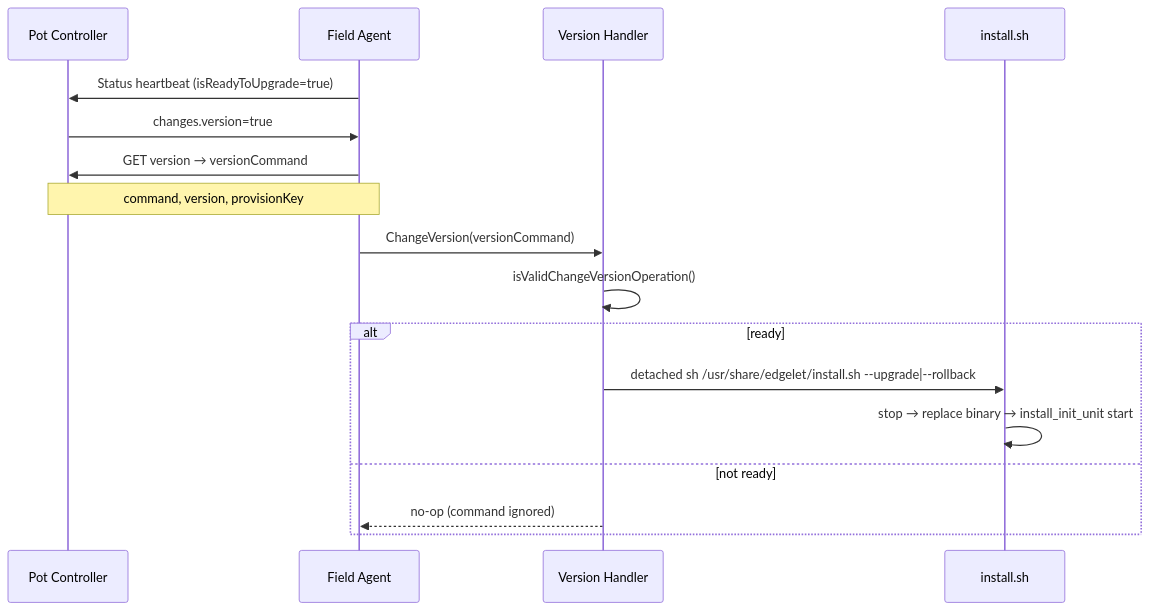
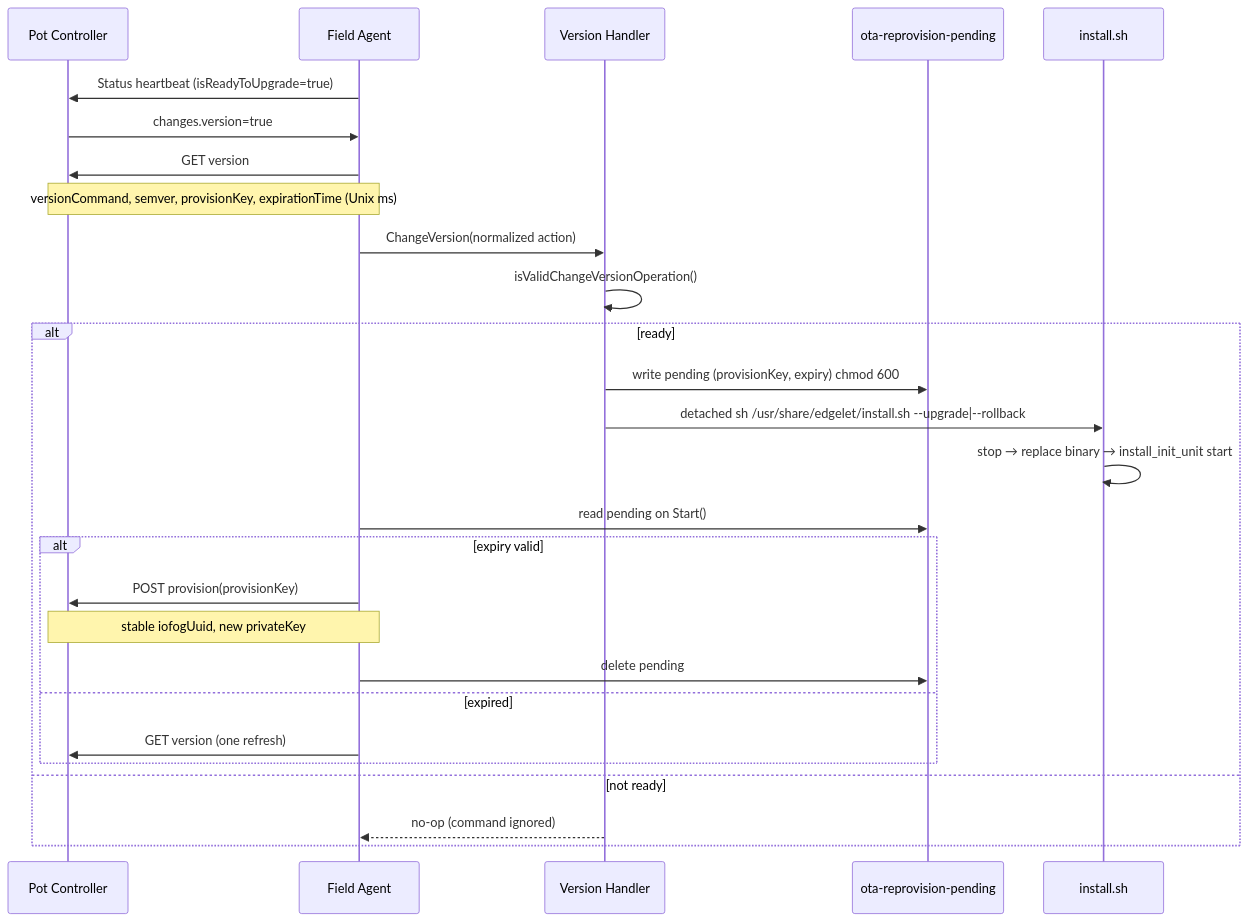
The second of 2 diagrams in docs/edgelet/installation.md (Datasance/edgelet), drawn with Mermaid before and after one commit. The commit also changed other lines of this file and 9 other files, not shown here.

````diff
--- a/docs/edgelet/installation.md
+++ b/docs/edgelet/installation.md
@@ -395,20 +399,30 @@
 ```mermaid
 sequenceDiagram
   participant Pot as Pot Controller
   participant FA as Field Agent
   participant VH as Version Handler
+  participant Disk as ota-reprovision-pending
   participant IS as install.sh
 
   FA->>Pot: Status heartbeat (isReadyToUpgrade=true)
   Pot->>FA: changes.version=true
-  FA->>Pot: GET version → versionCommand
-  Note over Pot,FA: command, version, provisionKey
-  FA->>VH: ChangeVersion(versionCommand)
+  FA->>Pot: GET version
+  Note over Pot,FA: versionCommand, semver, provisionKey, expirationTime (Unix ms)
+  FA->>VH: ChangeVersion(normalized action)
   VH->>VH: isValidChangeVersionOperation()
   alt ready
+    VH->>Disk: write pending (provisionKey, expiry) chmod 600
     VH->>IS: detached sh /usr/share/edgelet/install.sh --upgrade|--rollback
     IS->>IS: stop → replace binary → install_init_unit start
+    FA->>Disk: read pending on Start()
+    alt expiry valid
+      FA->>Pot: POST provision(provisionKey)
+      Note over FA,Pot: stable iofogUuid, new privateKey
+      FA->>Disk: delete pending
+    else expired
+      FA->>Pot: GET version (one refresh)
+    end
   else not ready
     VH-->>FA: no-op (command ignored)
   end
 ```
````
